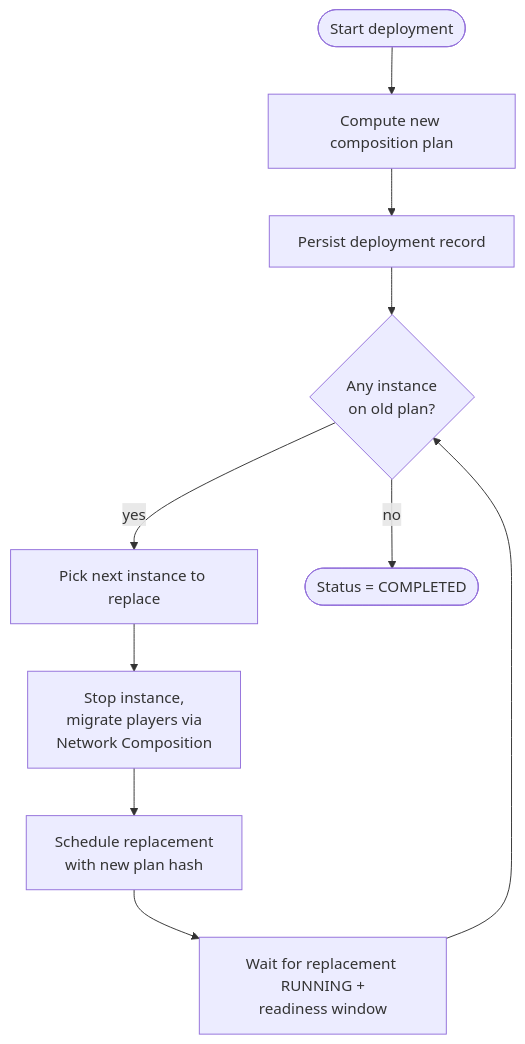
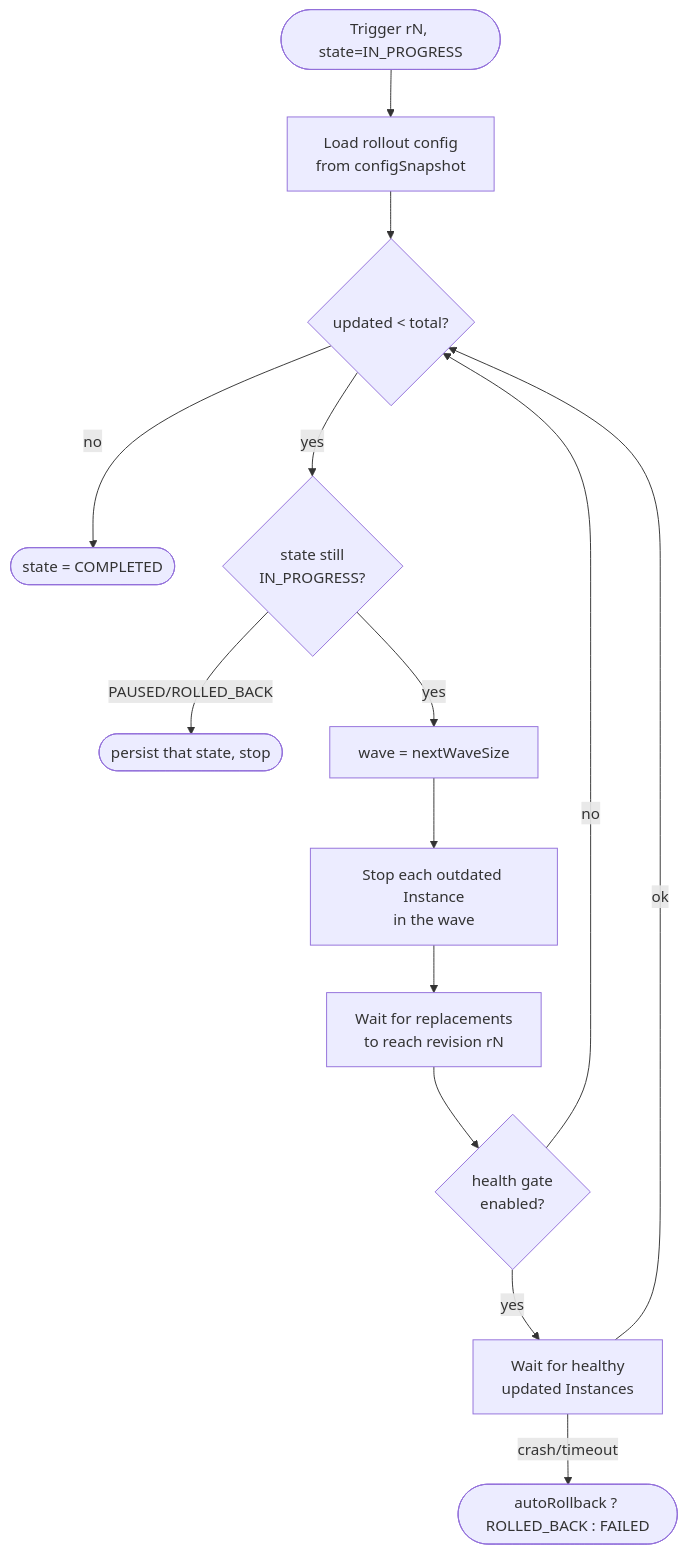
One commit to PrexorJustin/prexorcloud changed the first of 2 diagrams in docs/public/en/concepts/deployments.md. Above: the diagram before and after it, drawn with Mermaid. The commit also changed other lines of this file and 20 other files, not shown here.

````diff
--- a/docs/public/en/concepts/deployments.md
+++ b/docs/public/en/concepts/deployments.md
@@ -51,12 +98,16 @@
 ```mermaid
 flowchart TB
-  Start([Start deployment]) --> Plan[Compute new composition plan]
-  Plan --> Persist[Persist deployment record]
-  Persist --> Loop{Any instance<br/>on old plan?}
-  Loop -- yes --> Pick[Pick next instance to replace]
-  Pick --> Drain[Stop instance,<br/>migrate players via<br/>Network Composition]
-  Drain --> Replace[Schedule replacement<br/>with new plan hash]
-  Replace --> Wait[Wait for replacement RUNNING +<br/>readiness window]
-  Wait --> Loop
-  Loop -- no --> Done([Status = COMPLETED])
+  Start([Trigger rN, state=IN_PROGRESS]) --> Load[Load rollout config<br/>from configSnapshot]
+  Load --> Loop{updated &lt; total?}
+  Loop -- no --> Done([state = COMPLETED])
+  Loop -- yes --> Check{state still<br/>IN_PROGRESS?}
+  Check -- PAUSED/ROLLED_BACK --> Halt([persist that state, stop])
+  Check -- yes --> Wave[wave = nextWaveSize]
+  Wave --> Stop[Stop each outdated Instance<br/>in the wave]
+  Stop --> WaitR[Wait for replacements<br/>to reach revision rN]
+  WaitR --> Gate{health gate<br/>enabled?}
+  Gate -- no --> Loop
+  Gate -- yes --> WaitH[Wait for healthy<br/>updated Instances]
+  WaitH -- ok --> Loop
+  WaitH -- crash/timeout --> Fail([autoRollback ? ROLLED_BACK : FAILED])
 ```
````
